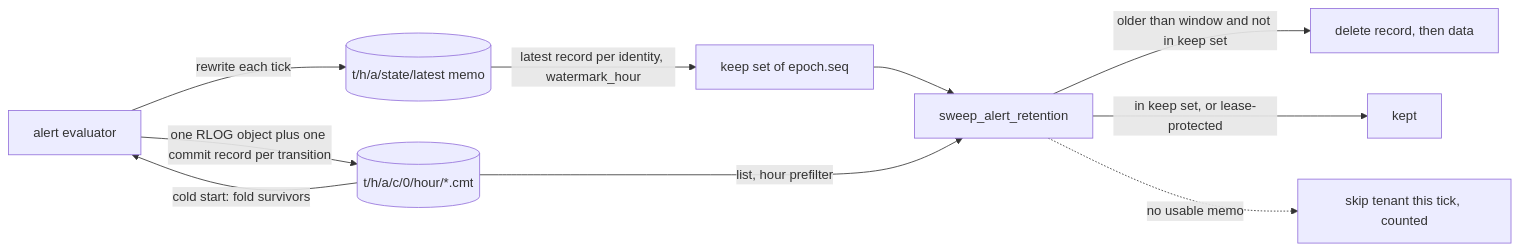
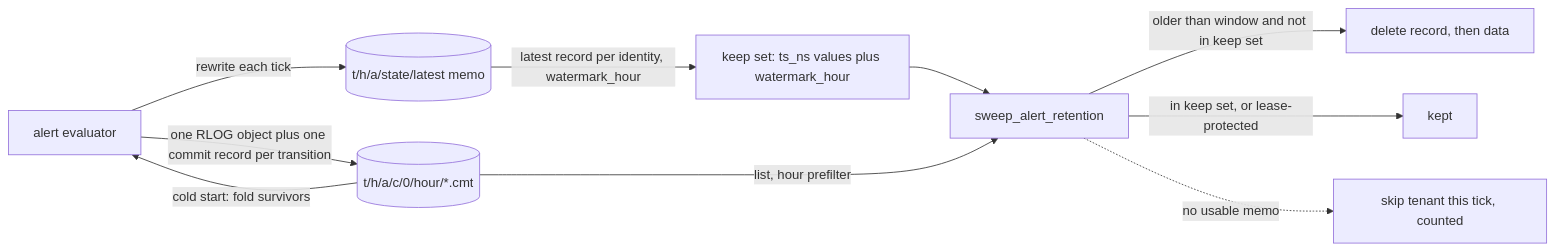
Before and after one commit to NOFireAI/ravel: the diagram in docs/adrs/1688-alert-signal-retention.md, drawn with Mermaid. The commit also changed other lines of this file and 5 other files, not shown here.

````diff
--- a/docs/adrs/1688-alert-signal-retention.md
+++ b/docs/adrs/1688-alert-signal-retention.md
@@ -127,12 +129,12 @@
 ```mermaid
 flowchart LR
     E[alert evaluator] -->|one RLOG object plus one commit record per transition| P[(t/h/a/c/0/hour/*.cmt)]
     E -->|rewrite each tick| M[(t/h/a/state/latest memo)]
-    M -->|latest record per identity, watermark_hour| K[keep set of epoch.seq]
+    M -->|latest record per identity, watermark_hour| K[keep set: ts_ns values plus watermark_hour]
     K --> S[sweep_alert_retention]
     P -->|list, hour prefilter| S
     S -->|older than window and not in keep set| D[delete record, then data]
     S -->|in keep set, or lease-protected| Kept[kept]
     S -.->|no usable memo| Skip[skip tenant this tick, counted]
     P -->|cold start: fold survivors| E
 ```
````
